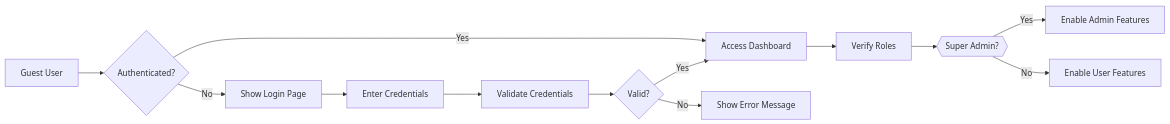
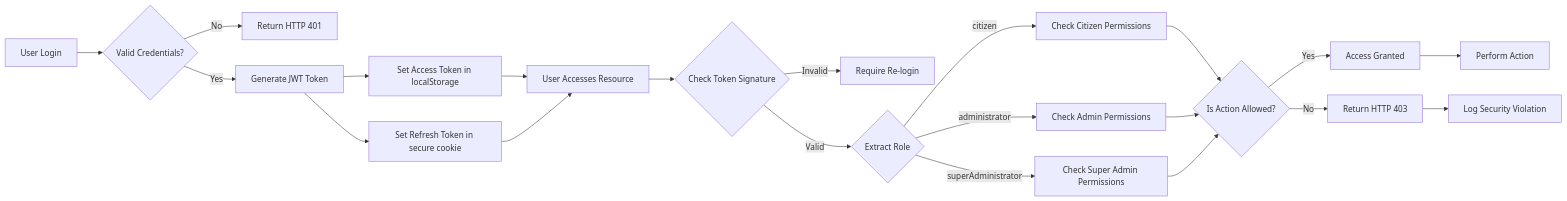
Before and after one commit to wrtnlabs/autobe-examples: the first of 5 diagrams in qwen/qwen3-next-80b-a3b-instruct/bbs/docs/analysis/00-toc.md, drawn with Mermaid. The commit also changed other lines of this file and 11104 other files, not shown here.

````diff
--- a/qwen/qwen3-next-80b-a3b-instruct/bbs/docs/analysis/00-toc.md
+++ b/qwen/qwen3-next-80b-a3b-instruct/bbs/docs/analysis/00-toc.md
@@ -46,15 +343,23 @@
 ```mermaid
 graph LR
-  A["Guest User"] --> B{"Authenticated?"}
-  B -->|No| C["Show Login Page"]
-  B -->|Yes| D["Access Dashboard"]
-  C --> E["Enter Credentials"]
-  E --> F["Validate Credentials"]
-  F --> G{"Valid?"}
-  G -->|Yes| D
-  G -->|No| H["Show Error Message"]
-  D --> I["Verify Roles"]
-  I --> J{{"Super Admin?"}}
-  J -->|Yes| K["Enable Admin Features"]
-  J -->|No| L["Enable User Features"]
+  A["User Login"] --> B{"Valid Credentials?"}
+  B -->|No| C["Return HTTP 401"]
+  B -->|Yes| D["Generate JWT Token"]
+  D --> E["Set Access Token in localStorage"]
+  D --> F["Set Refresh Token in secure cookie"]
+  E --> G["User Accesses Resource"]
+  F --> G
+  G --> H{"Check Token Signature"}
+  H -->|Invalid| I["Require Re-login"]
+  H -->|Valid| J{"Extract Role"}
+  J -->|citizen| K["Check Citizen Permissions"]
+  J -->|administrator| L["Check Admin Permissions"]
+  J -->|superAdministrator| M["Check Super Admin Permissions"]
+  K --> N{"Is Action Allowed?"}
+  L --> N
+  M --> N
+  N -->|Yes| O["Access Granted"]
+  N -->|No| P["Return HTTP 403"]
+  O --> Q["Perform Action"]
+  P --> R["Log Security Violation"]
 ```
````
